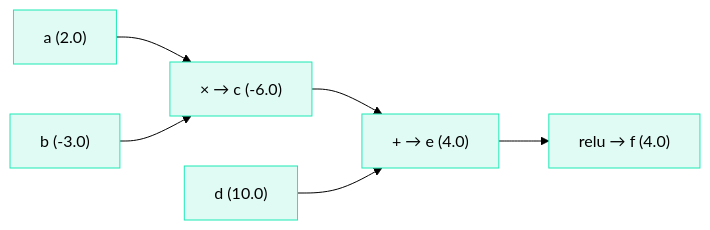
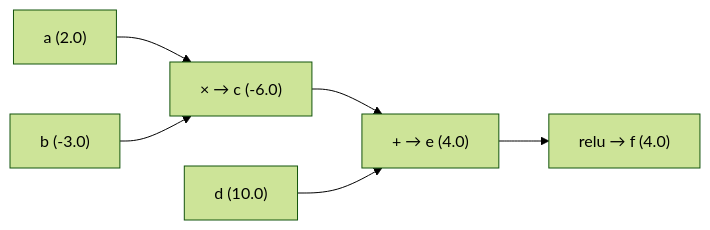
The first of 2 diagrams in docs/02-calculus-and-autograd/03-forward-pass.md (iamkhalid2/microgpt-course), drawn with Mermaid (forest theme) before and after one commit. The commit also changed other lines of this file and 20 other files, not shown here.

Commit message:
Remove all inline Mermaid styles - let theme handle colors natively

````diff
--- a/docs/02-calculus-and-autograd/03-forward-pass.md
+++ b/docs/02-calculus-and-autograd/03-forward-pass.md
@@ -35,15 +35,8 @@
     ```mermaid
     flowchart LR
         A["a (2.0)"] --> MUL["× → c (-6.0)"]
         B["b (-3.0)"] --> MUL
         MUL --> ADD["+ → e (4.0)"]
         D["d (10.0)"] --> ADD
         ADD --> RELU["relu → f (4.0)"]
-
-        style A fill:#e0faf4,stroke:#1de9b6
-        style B fill:#e0faf4,stroke:#1de9b6
-        style D fill:#e0faf4,stroke:#1de9b6
-        style MUL fill:#e0faf4,stroke:#1de9b6
-        style ADD fill:#e0faf4,stroke:#1de9b6
-        style RELU fill:#e0faf4,stroke:#1de9b6
     ```
````
